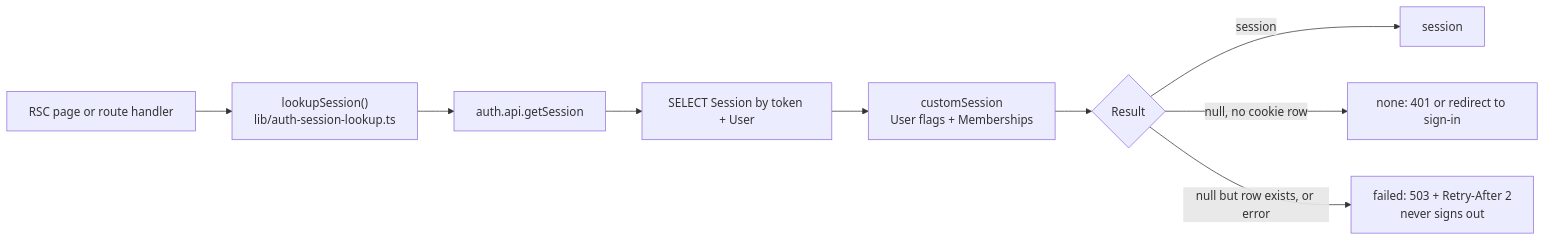
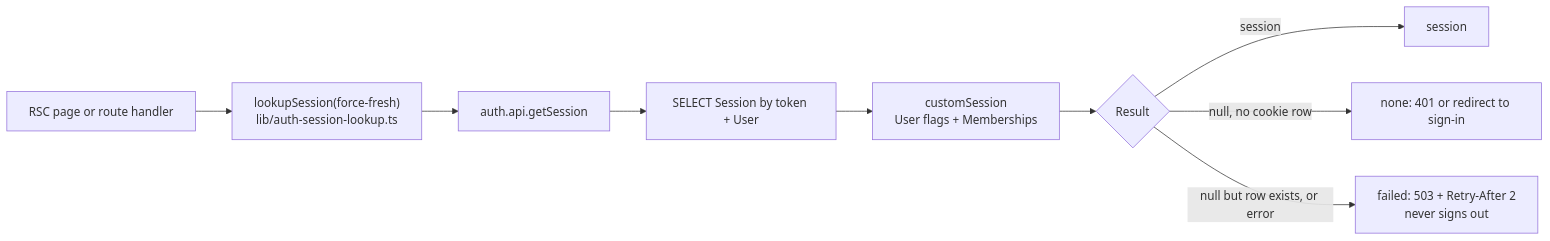
Before and after one commit to Practitionist/familiarise_web: the second of 9 diagrams in docs/authentication/architecture.md, drawn with Mermaid. The commit also changed other lines of this file and 51 other files, not shown here.

````diff
--- a/docs/authentication/architecture.md
+++ b/docs/authentication/architecture.md
@@ -102,11 +100,11 @@
 ```mermaid
 flowchart LR
-  A["RSC page or route handler"] --> L["lookupSession()<br/>lib/auth-session-lookup.ts"]
+  A["RSC page or route handler"] --> L["lookupSession(force-fresh)<br/>lib/auth-session-lookup.ts"]
   L --> BA["auth.api.getSession"]
   BA --> DB["SELECT Session by token + User"]
   DB --> CS["customSession<br/>User flags + Memberships"]
   CS --> R{"Result"}
   R -- session --> OK["session"]
   R -- "null, no cookie row" --> NONE["none: 401 or redirect to sign-in"]
   R -- "null but row exists, or error" --> FAIL["failed: 503 + Retry-After 2<br/>never signs out"]
 ```
````
